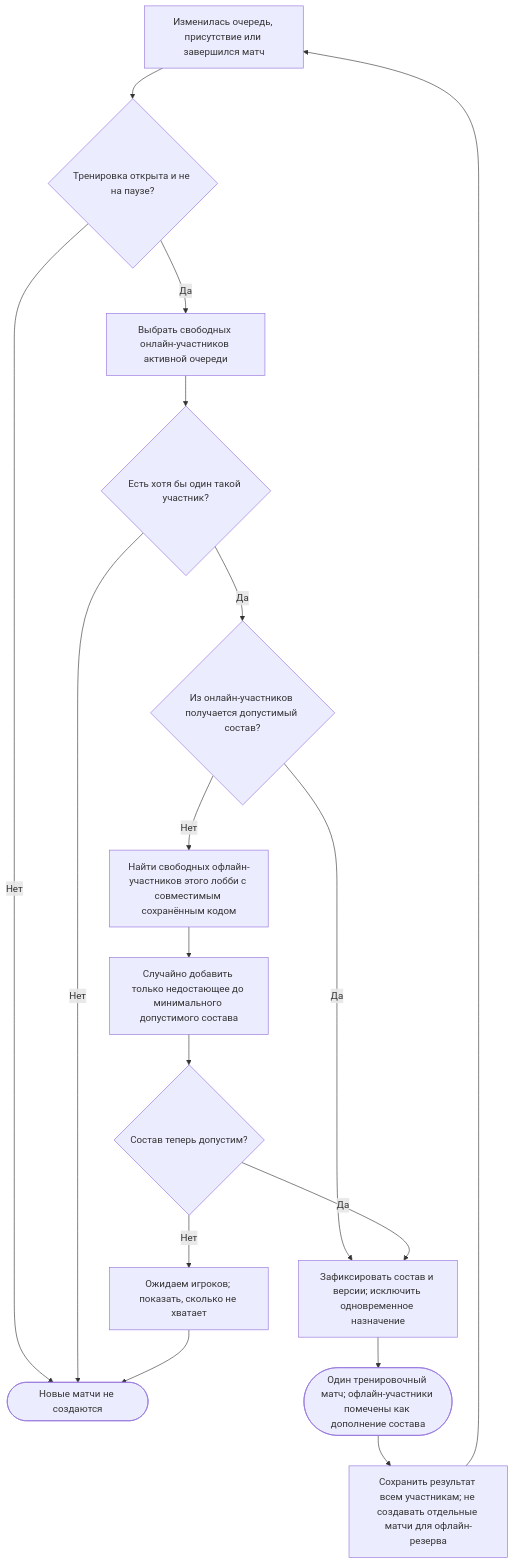
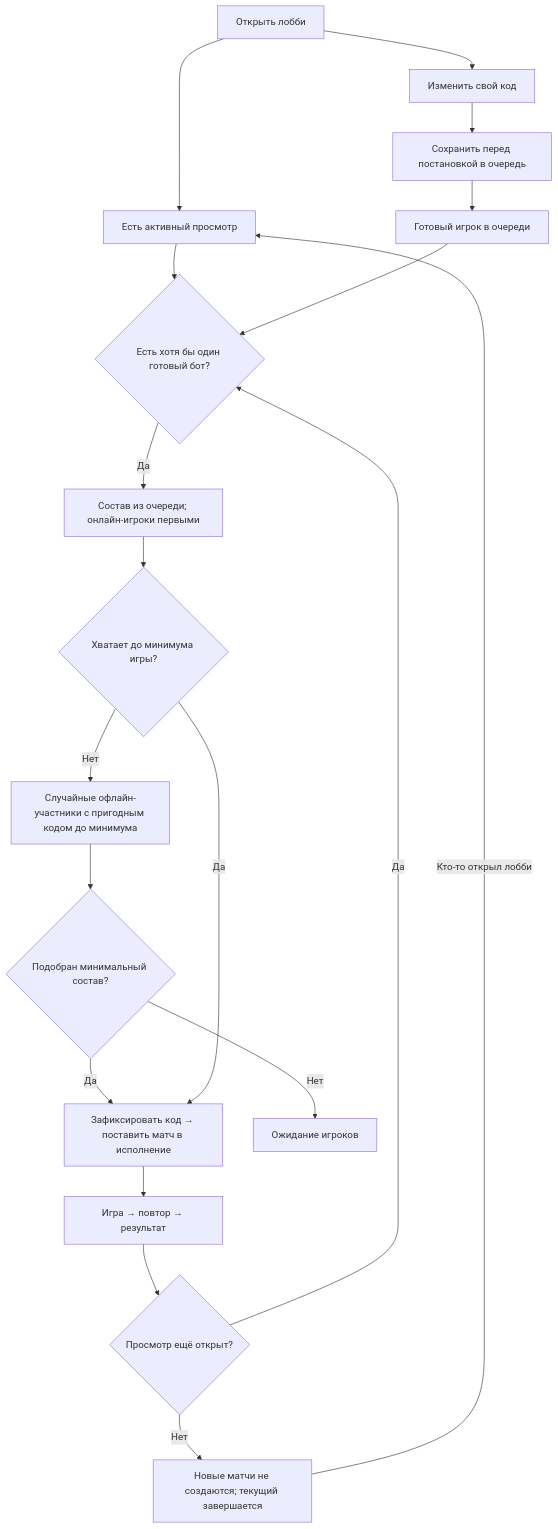
The third of 5 diagrams in docs/UX_GRAPH_V2.md (roctbb/ai-game-engine), drawn with Mermaid before and after one commit. The commit also changed other lines of this file and 40 other files, not shown here.

````diff
--- a/docs/UX_GRAPH_V2.md
+++ b/docs/UX_GRAPH_V2.md
@@ -293,19 +118,22 @@
 ```mermaid
 flowchart TD
-    TICK["Изменилась очередь, присутствие или завершился матч"] --> OPEN{"Тренировка открыта и не на паузе?"}
-    OPEN -->|"Нет"| WAIT(["Новые матчи не создаются"])
-    OPEN -->|"Да"| SELECT["Выбрать свободных онлайн-участников активной очереди"]
-    SELECT --> ANCHOR{"Есть хотя бы один такой участник?"}
-    ANCHOR -->|"Нет"| WAIT
-    ANCHOR -->|"Да"| LEGAL{"Из онлайн-участников получается допустимый состав?"}
-    LEGAL -->|"Да"| RESERVE["Зафиксировать состав и версии; исключить одновременное назначение"]
-    LEGAL -->|"Нет"| OFFLINE["Найти свободных офлайн-участников этого лобби с совместимым сохранённым кодом"]
-    OFFLINE --> FILL["Случайно добавить только недостающее до минимального допустимого состава"]
-    FILL --> COMPLETE{"Состав теперь допустим?"}
-    COMPLETE -->|"Нет"| REASON["Ожидаем игроков; показать, сколько не хватает"]
-    REASON --> WAIT
-    COMPLETE -->|"Да"| RESERVE
-    RESERVE --> MATCH(["Один тренировочный матч; офлайн-участники помечены как дополнение состава"])
-    MATCH --> RESULT["Сохранить результат всем участникам; не создавать отдельные матчи для офлайн-резерва"]
-    RESULT --> TICK
+    OPEN["Открыть лобби"] --> VIEWER["Есть активный просмотр"]
+    OPEN --> CODE["Изменить свой код"]
+    CODE --> SAVE["Сохранить перед постановкой в очередь"]
+    SAVE --> READY["Готовый игрок в очереди"]
+    VIEWER --> SELECT{"Есть хотя бы один готовый бот?"}
+    READY --> SELECT
+    SELECT -->|Да| ROSTER["Состав из очереди; онлайн-игроки первыми"]
+    ROSTER --> ENOUGH{"Хватает до минимума игры?"}
+    ENOUGH -->|Нет| FILL["Случайные офлайн-участники с пригодным кодом до минимума"]
+    FILL --> FIT{"Подобран минимальный состав?"}
+    FIT -->|Да| RUN
+    FIT -->|Нет| WAIT
+    ENOUGH -->|Да| RUN["Зафиксировать код → поставить матч в исполнение"]
+    WAIT["Ожидание игроков"]
+    RUN --> WATCH["Игра → повтор → результат"]
+    WATCH --> ACTIVE{"Просмотр ещё открыт?"}
+    ACTIVE -->|Да| SELECT
+    ACTIVE -->|Нет| IDLE["Новые матчи не создаются; текущий завершается"]
+    IDLE -->|Кто-то открыл лобби| VIEWER
 ```
````
